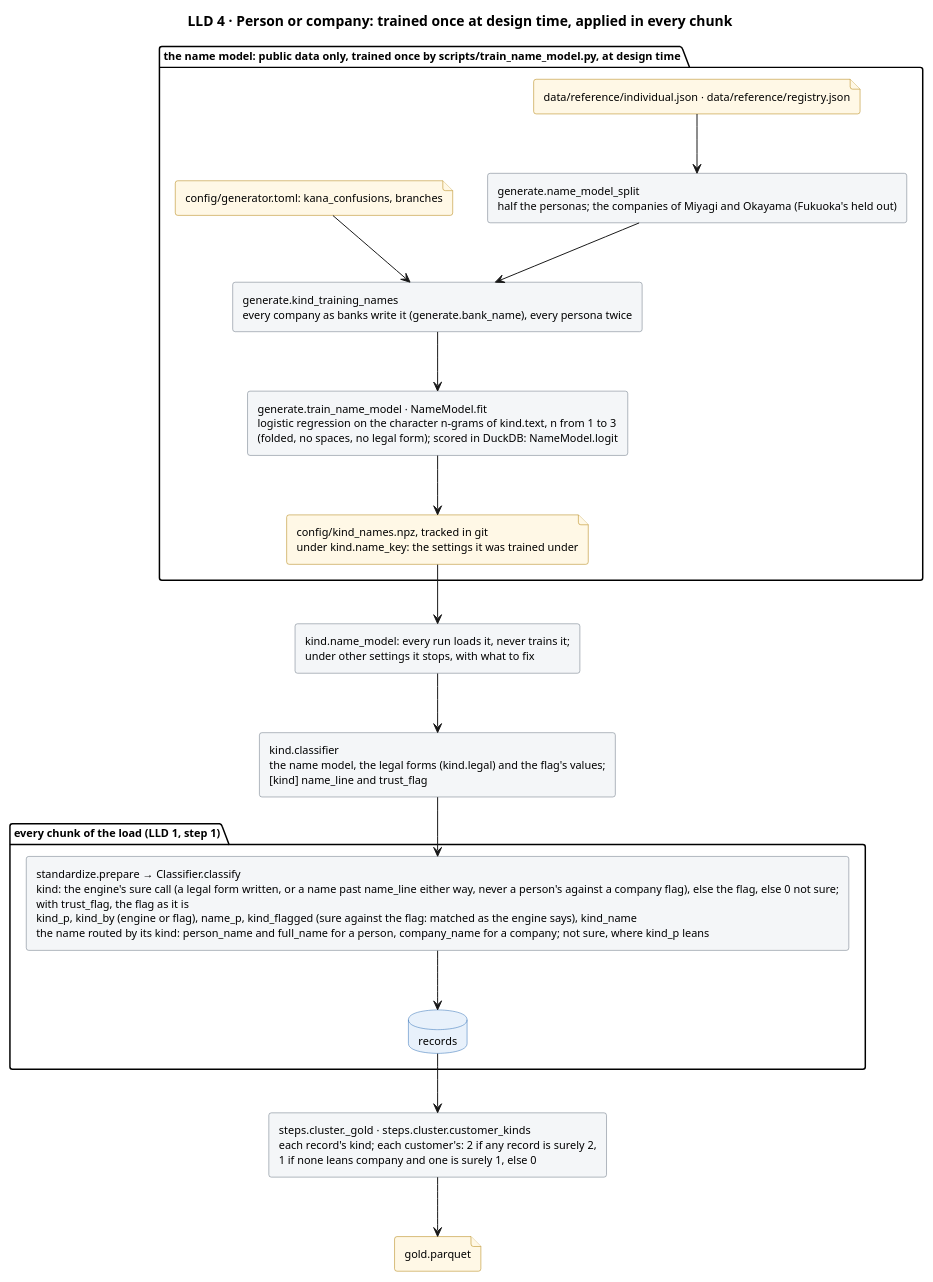
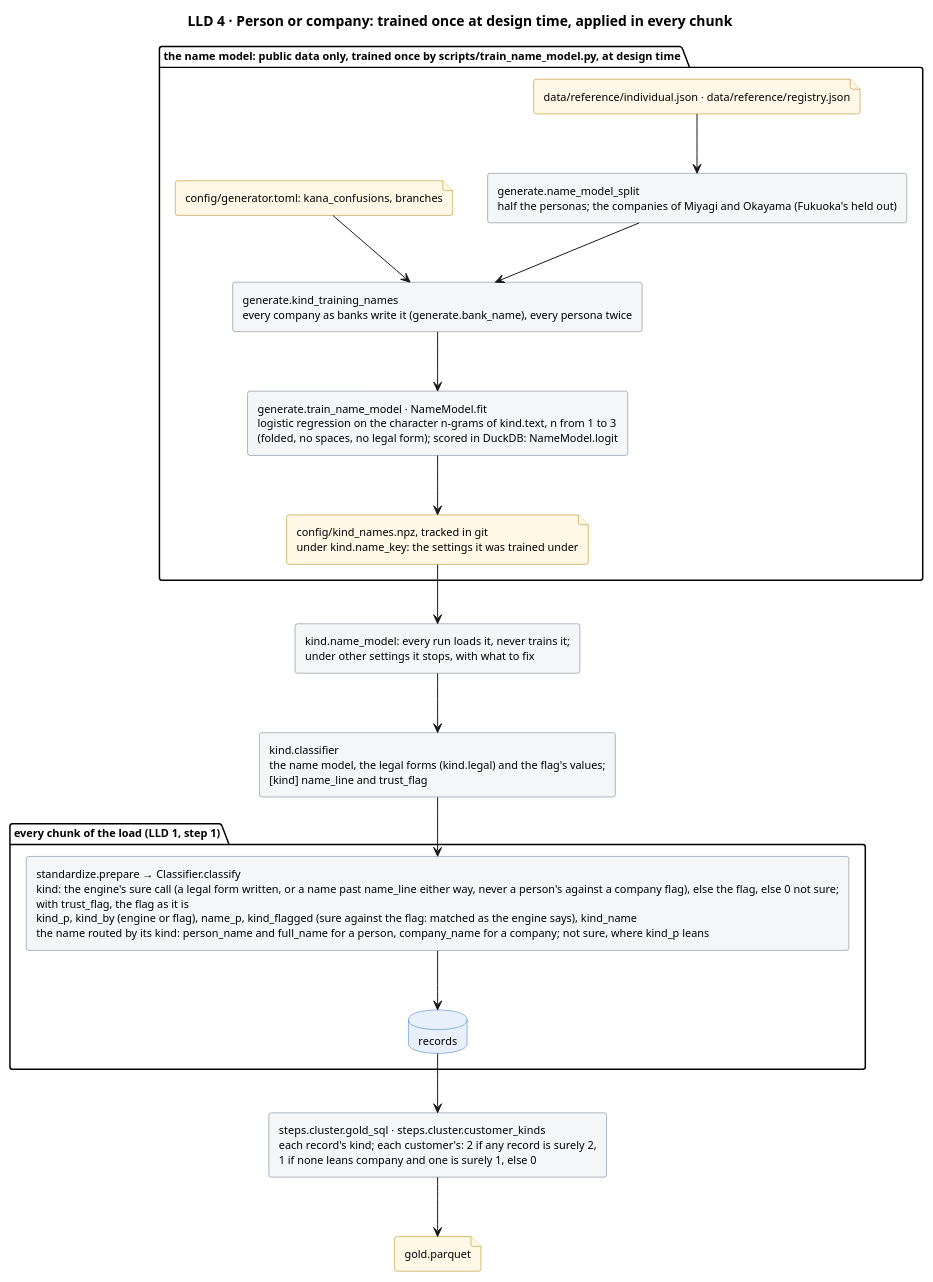
One commit to mvsbm/entity_matching changed the diagram in docs/diagrams/kind.puml. Above: the diagram before and after it, drawn with PlantUML. The commit also changed 23 other files, not shown here.

```diff
--- a/docs/diagrams/kind.puml
+++ b/docs/diagrams/kind.puml
@@ -1,48 +1,48 @@
 @startuml kind
 title LLD 4 · Person or company: trained once at design time, applied in every chunk
 skinparam defaultFontSize 11
 skinparam rectangle {
   BackgroundColor #F4F6F8
   BorderColor #65717E
 }
 skinparam database {
   BackgroundColor #E8F1FB
   BorderColor #2C6DB3
 }
 skinparam file {
   BackgroundColor #FFF8E6
   BorderColor #B07D00
 }
 
 package "the name model: public data only, trained once by scripts/train_name_model.py, at design time" {
   file "data/reference/individual.json · data/reference/registry.json" as f_ref
   file "config/generator.toml: kana_confusions, branches" as f_gen
   rectangle "generate.name_model_split\nhalf the personas; the companies of Miyagi and Okayama (Fukuoka's held out)" as split
   rectangle "generate.kind_training_names\nevery company as banks write it (generate.bank_name), every persona twice" as names
   rectangle "generate.train_name_model · NameModel.fit\nlogistic regression on the character n-grams of kind.text, n from 1 to 3\n(folded, no spaces, no legal form); scored in DuckDB: NameModel.logit" as model
   file "config/kind_names.npz, tracked in git\nunder kind.name_key: the settings it was trained under" as f_cache
 }
 rectangle "kind.name_model: every run loads it, never trains it;\nunder other settings it stops, with what to fix" as load
 
 rectangle "kind.classifier\nthe name model, the legal forms (kind.legal) and the flag's values;\n[kind] name_line and trust_flag" as fit
 
 package "every chunk of the load (LLD 1, step 1)" {
   rectangle "standardize.prepare → Classifier.classify\nkind: the engine's sure call (a legal form written, or a name past name_line either way, never a person's against a company flag), else the flag, else 0 not sure;\nwith trust_flag, the flag as it is\nkind_p, kind_by (engine or flag), name_p, kind_flagged (sure against the flag: matched as the engine says), kind_name\nthe name routed by its kind: person_name and full_name for a person, company_name for a company; not sure, where kind_p leans" as classify
   database "records" as records
 }
 
-rectangle "steps.cluster._gold · steps.cluster.customer_kinds\neach record's kind; each customer's: 2 if any record is surely 2,\n1 if none leans company and one is surely 1, else 0" as gold
+rectangle "steps.cluster.gold_sql · steps.cluster.customer_kinds\neach record's kind; each customer's: 2 if any record is surely 2,\n1 if none leans company and one is surely 1, else 0" as gold
 file "gold.parquet" as f_gold
 
 f_ref --> split
 split --> names
 f_gen --> names
 names --> model
 model --> f_cache
 f_cache --> load
 load --> fit
 fit --> classify
 classify --> records
 records --> gold
 gold --> f_gold
 @enduml
```
